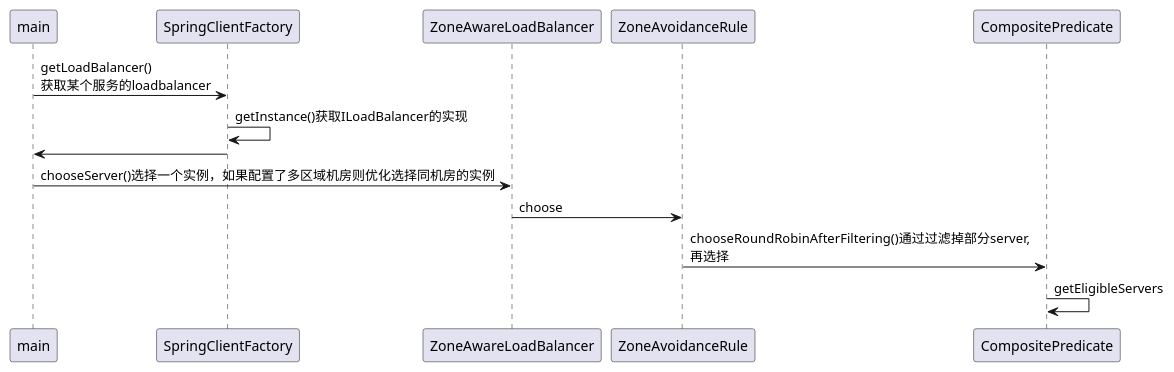
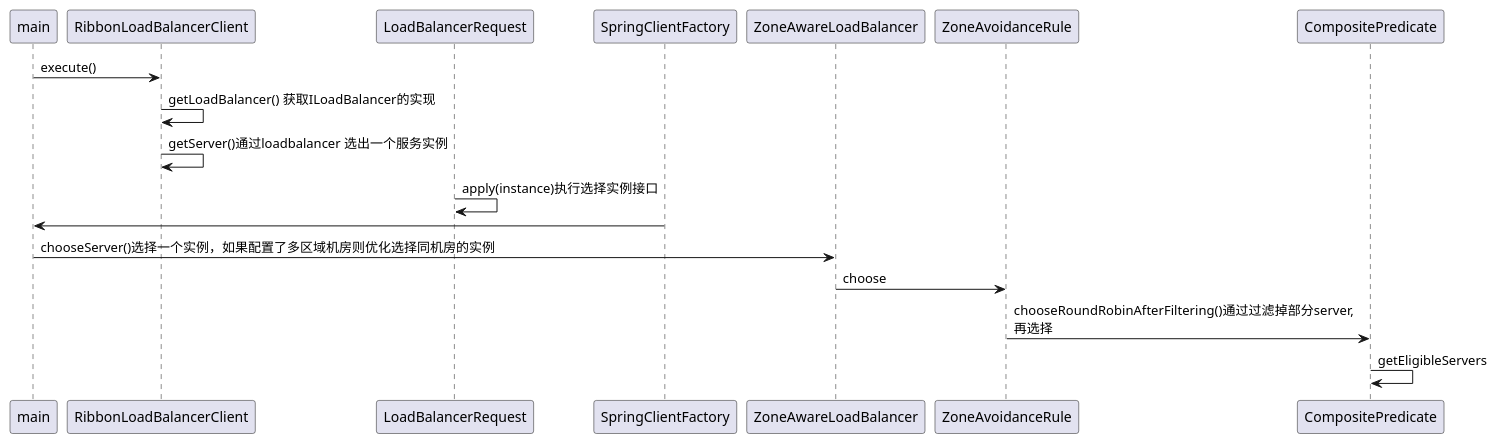
One commit to evefost/spring-cloud-demo changed the diagram in doc/ribbon执行过程.puml. Above: the diagram before and after it, drawn with PlantUML. The commit also changed 1 other file, not shown here.

```diff
--- a/doc/ribbon执行过程.puml
+++ b/doc/ribbon执行过程.puml
@@ -1,9 +1,13 @@
 @startuml
-main -> SpringClientFactory:getLoadBalancer()\n获取某个服务的loadbalancer
-SpringClientFactory -> SpringClientFactory:getInstance()获取ILoadBalancer的实现
+main ->RibbonLoadBalancerClient:execute()
+RibbonLoadBalancerClient ->RibbonLoadBalancerClient:getLoadBalancer() 获取ILoadBalancer的实现
+RibbonLoadBalancerClient -> RibbonLoadBalancerClient:getServer()通过loadbalancer 选出一个服务实例
+LoadBalancerRequest -> LoadBalancerRequest:apply(instance)执行选择实例接口
+
 main<-SpringClientFactory
 main->ZoneAwareLoadBalancer:chooseServer()选择一个实例，如果配置了多区域机房则优化选择同机房的实例
 ZoneAwareLoadBalancer->ZoneAvoidanceRule:choose
 ZoneAvoidanceRule -> CompositePredicate: chooseRoundRobinAfterFiltering()通过过滤掉部分server,\n再选择
 CompositePredicate-> CompositePredicate: getEligibleServers
+
 @enduml
```
